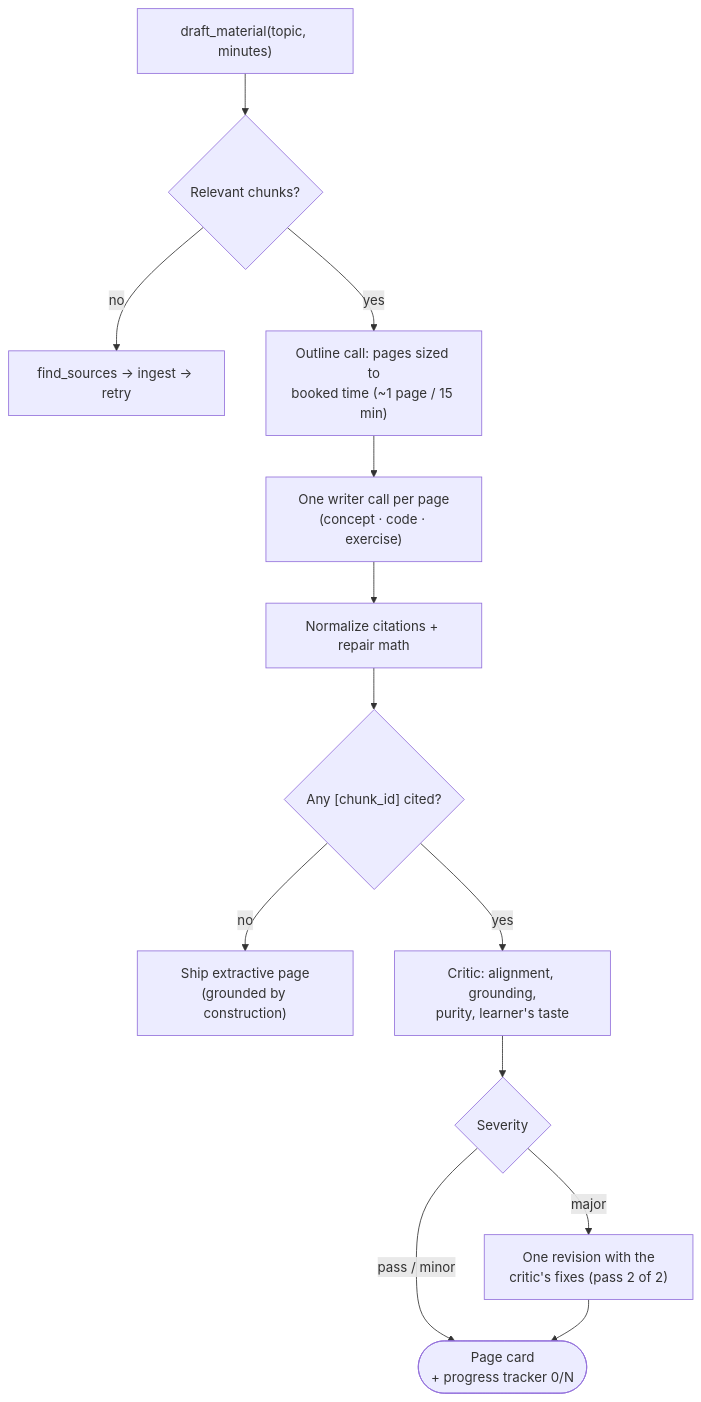
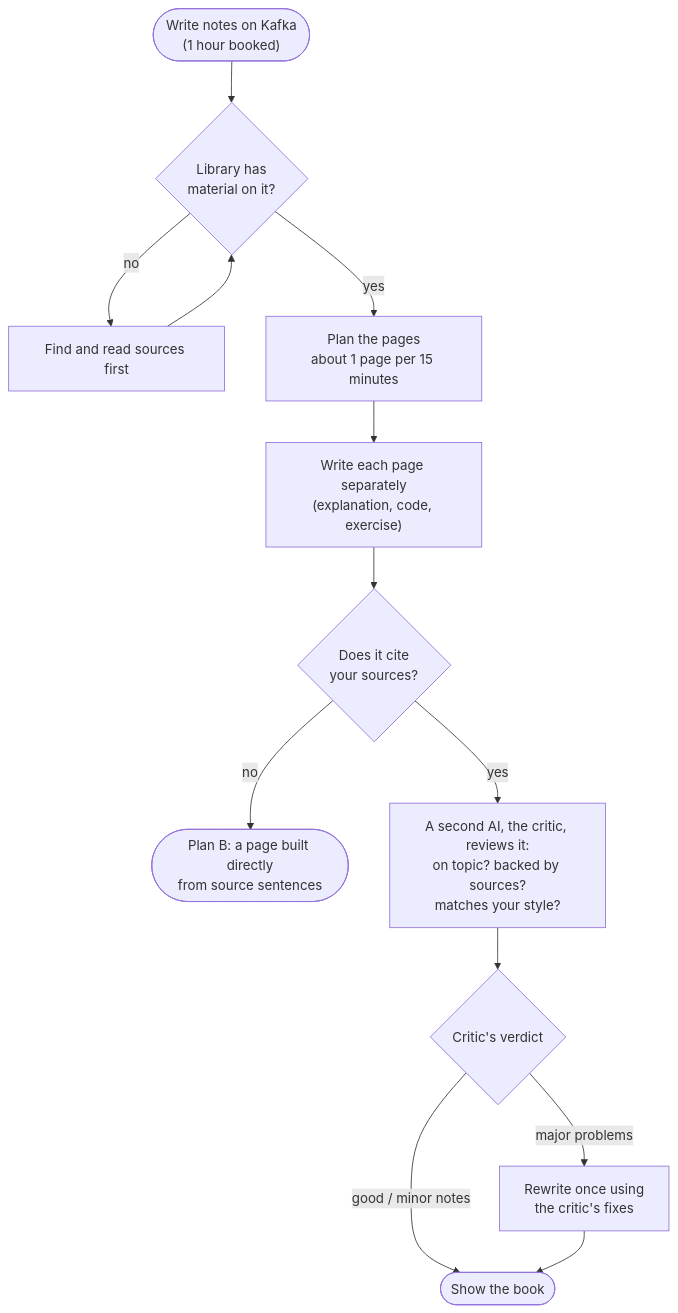
Before and after one commit to Chaitanya674/Recal-AI: diagram 11 of 19 in docs/DOCUMENTATION.md, drawn with Mermaid. The commit also changed other lines of this file, not shown here.

Commit message:
Docs: plain-language narrative rewrite

````diff
--- a/docs/DOCUMENTATION.md
+++ b/docs/DOCUMENTATION.md
@@ -471,15 +514,13 @@
 ```mermaid
 flowchart TD
-    A["draft_material(topic, minutes)"] --> B{"Relevant chunks?"}
-    B -- no --> SRC["find_sources → ingest → retry"]
-    B -- yes --> O["Outline call: pages sized to<br/>booked time (~1 page / 15 min)"]
-    O --> W["One writer call per page<br/>(concept · code · exercise)"]
-    W --> N["Normalize citations + repair math"]
-    N --> CIT{"Any [chunk_id] cited?"}
-    CIT -- no --> EX["Ship extractive page<br/>(grounded by construction)"]
-    CIT -- yes --> CR["Critic: alignment, grounding,<br/>purity, learner's taste"]
-    CR --> SEV{"Severity"}
-    SEV -- "pass / minor" --> SHIP(["Page card<br/>+ progress tracker 0/N"])
-    SEV -- major --> REV["One revision with the<br/>critic's fixes (pass 2 of 2)"]
-    REV --> SHIP
+    A(["Write notes on Kafka<br/>(1 hour booked)"]) --> HAS{"Library has<br/>material on it?"}
+    HAS -- no --> FIND["Find and read sources first"] --> HAS
+    HAS -- yes --> OUTLINE["Plan the pages<br/>about 1 page per 15 minutes"]
+    OUTLINE --> WRITE["Write each page separately<br/>(explanation, code, exercise)"]
+    WRITE --> CITE{"Does it cite<br/>your sources?"}
+    CITE -- no --> SAFE(["Plan B: a page built directly<br/>from source sentences"])
+    CITE -- yes --> CRITIC["A second AI, the critic, reviews it:<br/>on topic? backed by sources?<br/>matches your style?"]
+    CRITIC --> VERDICT{"Critic's verdict"}
+    VERDICT -- "good / minor notes" --> SHOW(["Show the book"])
+    VERDICT -- "major problems" --> FIX["Rewrite once using<br/>the critic's fixes"] --> SHOW
 ```
````
